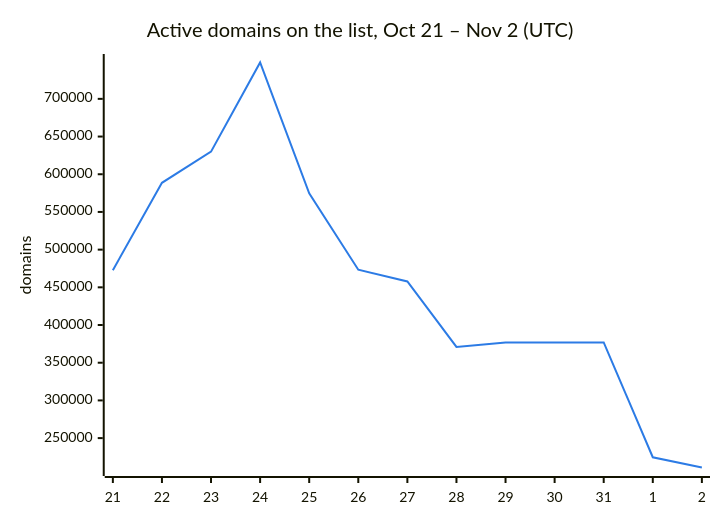
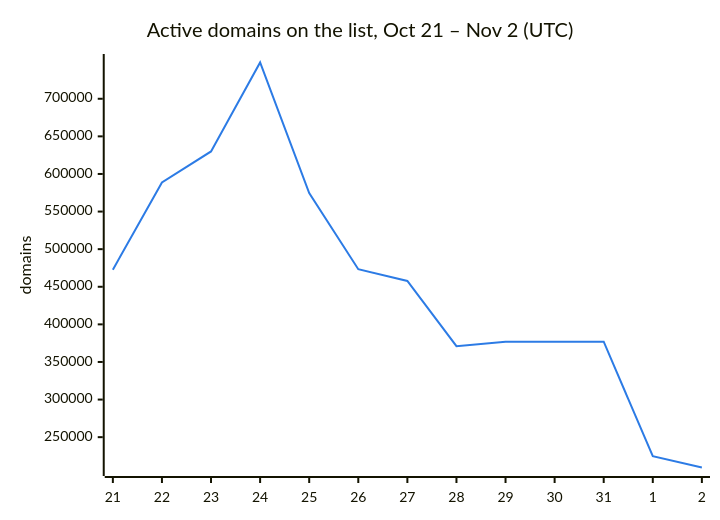
The second of 3 diagrams in README.md (DNSBunker/CTI), drawn with Mermaid before and after one commit. The commit also changed other lines of this file and 3 other files, not shown here.

````diff
--- a/README.md
+++ b/README.md
@@ -38,8 +38,8 @@
 ```mermaid
 %%{init: {"themeVariables": {"xyChart": {"plotColorPalette": "#2c7be5"}}}}%%
 xychart-beta
     title "Active domains on the list, Oct 21 – Nov 2 (UTC)"
     x-axis ["21", "22", "23", "24", "25", "26", "27", "28", "29", "30", "31", "1", "2"]
     y-axis "domains"
-    line [472713, 588659, 629951, 748222, 574614, 473331, 457795, 371010, 376945, 376945, 376945, 224607, 211015]
+    line [472713, 588659, 629951, 748222, 574614, 473331, 457795, 371010, 376945, 376945, 376945, 224607, 209665]
 ```
````
